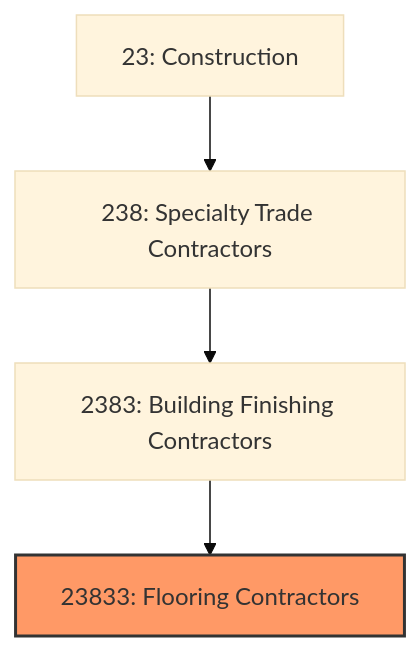
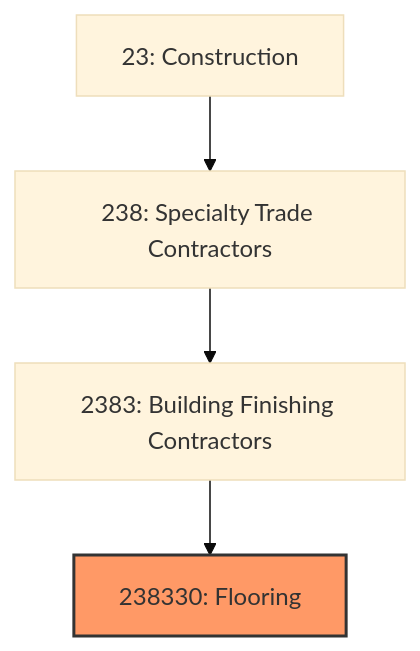
One commit to kziemski/business.org.ai changed the first of 3 diagrams in industries/Construction/SpecialtyTradeContractors/BuildingFinishingContractors/FlooringContractors.mdx. Above: the diagram before and after it, drawn with Mermaid (base theme). The commit also changed other lines of this file and 20 other files, not shown here.

````diff
--- a/industries/Construction/SpecialtyTradeContractors/BuildingFinishingContractors/FlooringContractors.mdx
+++ b/industries/Construction/SpecialtyTradeContractors/BuildingFinishingContractors/FlooringContractors.mdx
@@ -20,8 +36,8 @@
 ```mermaid
 graph TD
     S23["23: Construction"]
     S23 --> N238["238: Specialty Trade Contractors"]
     N238 --> N2383["2383: Building Finishing Contractors"]
-    N2383 --> N23833["23833: Flooring Contractors"]
-    style N23833 fill:#f96,stroke:#333,stroke-width:2px
+    N2383 --> N238330["238330: Flooring"]
+    style N238330 fill:#f96,stroke:#333,stroke-width:2px
 ```
````
